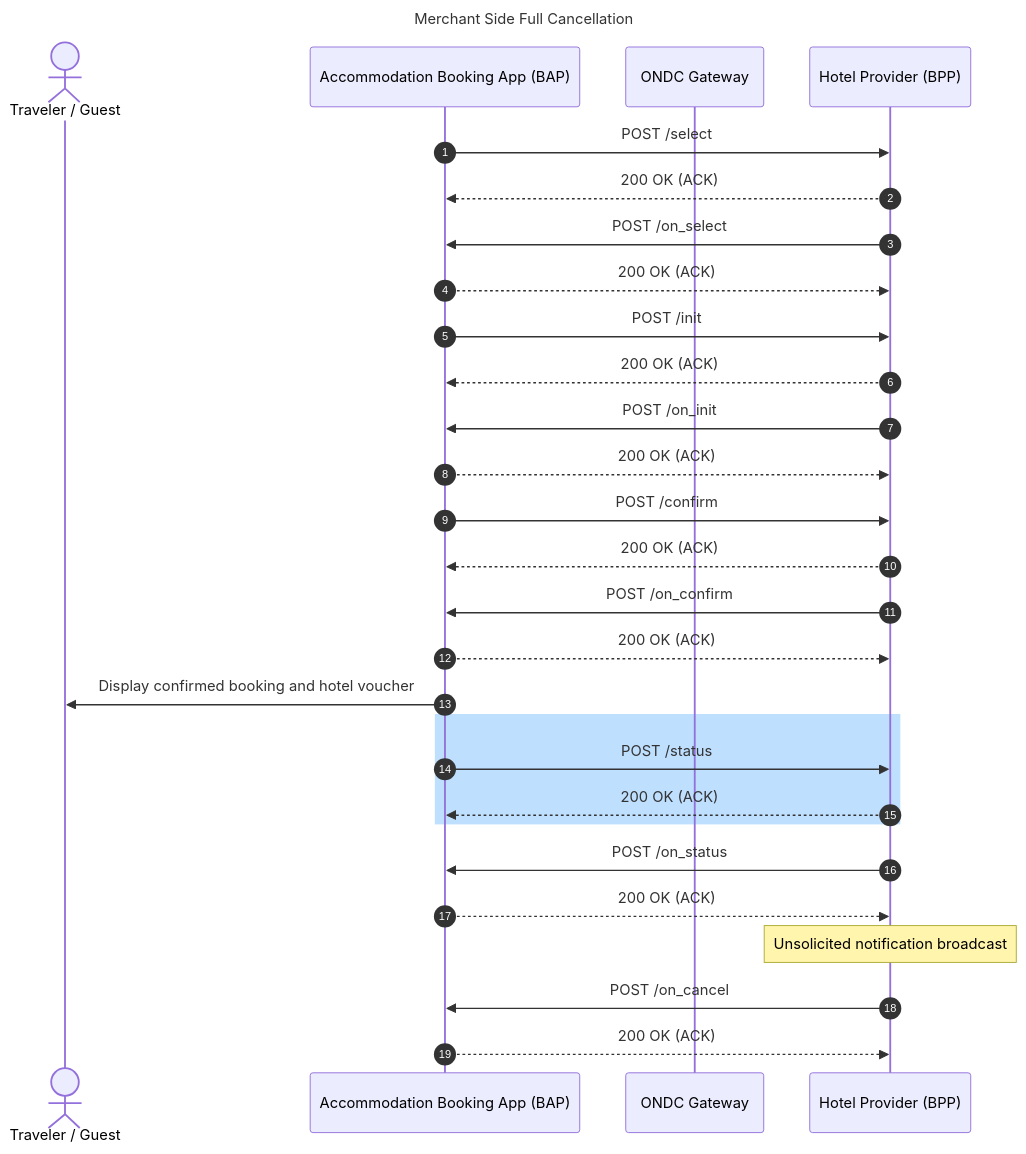
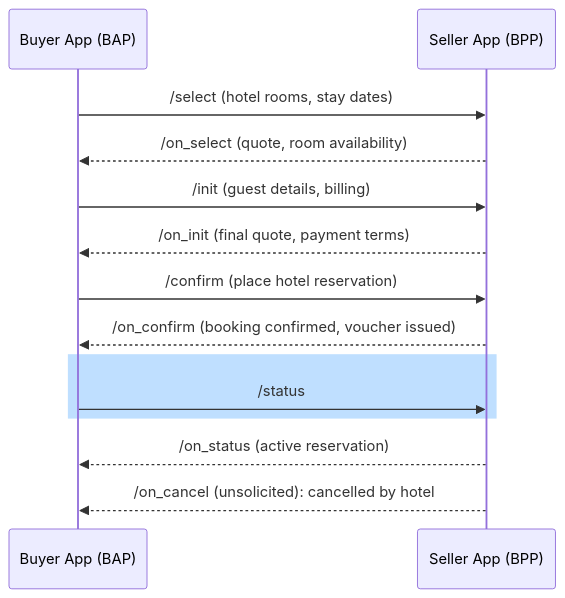
The seventh of 9 diagrams in config/docs/merchant-side-full-cancellation-sequence-diagrams.md (ONDC-Official/automation-specifications), drawn with Mermaid before and after one commit. The commit also changed other lines of this file and 9 other files, not shown here.

````diff
--- a/config/docs/merchant-side-full-cancellation-sequence-diagrams.md
+++ b/config/docs/merchant-side-full-cancellation-sequence-diagrams.md
@@ -223,32 +126,16 @@
 ```mermaid
 sequenceDiagram
-    title Merchant Side Full Cancellation
-    autonumber
-    actor User as Traveler / Guest
-    participant BAP as Accommodation Booking App (BAP)
-    participant BG as ONDC Gateway
-    participant BPP as Hotel Provider (BPP)
-
-    BAP->>BPP: POST /select
-    BPP-->>BAP: 200 OK (ACK)
-    BPP->>BAP: POST /on_select
-    BAP-->>BPP: 200 OK (ACK)
-    BAP->>BPP: POST /init
-    BPP-->>BAP: 200 OK (ACK)
-    BPP->>BAP: POST /on_init
-    BAP-->>BPP: 200 OK (ACK)
-    BAP->>BPP: POST /confirm
-    BPP-->>BAP: 200 OK (ACK)
-    BPP->>BAP: POST /on_confirm
-    BAP-->>BPP: 200 OK (ACK)
-    BAP->>User: Display confirmed booking and hotel voucher
-    rect rgb(191, 223, 255)
-    BAP->>BPP: POST /status
-    BPP-->>BAP: 200 OK (ACK)
-    end
-    BPP->>BAP: POST /on_status
-    BAP-->>BPP: 200 OK (ACK)
-    Note over BPP: Unsolicited notification broadcast
-    BPP->>BAP: POST /on_cancel
-    BAP-->>BPP: 200 OK (ACK)
+  participant Buyer App (BAP)
+  participant Seller App (BPP)
+  Buyer App (BAP)->>Seller App (BPP): /select (hotel rooms, stay dates)
+  Seller App (BPP)-->>Buyer App (BAP): /on_select (quote, room availability)
+  Buyer App (BAP)->>Seller App (BPP): /init (guest details, billing)
+  Seller App (BPP)-->>Buyer App (BAP): /on_init (final quote, payment terms)
+  Buyer App (BAP)->>Seller App (BPP): /confirm (place hotel reservation)
+  Seller App (BPP)-->>Buyer App (BAP): /on_confirm (booking confirmed, voucher issued)
+  rect rgb(191, 223, 255)
+  Buyer App (BAP)->>Seller App (BPP): /status
+  end
+  Seller App (BPP)-->>Buyer App (BAP): /on_status (active reservation)
+  Seller App (BPP)-->>Buyer App (BAP): /on_cancel (unsolicited): cancelled by hotel
 ```
````
